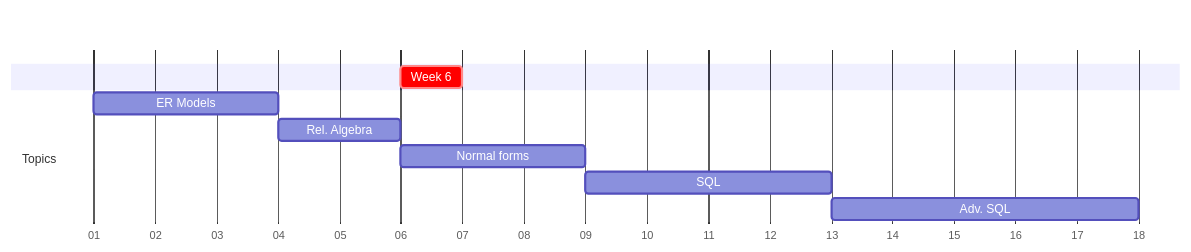
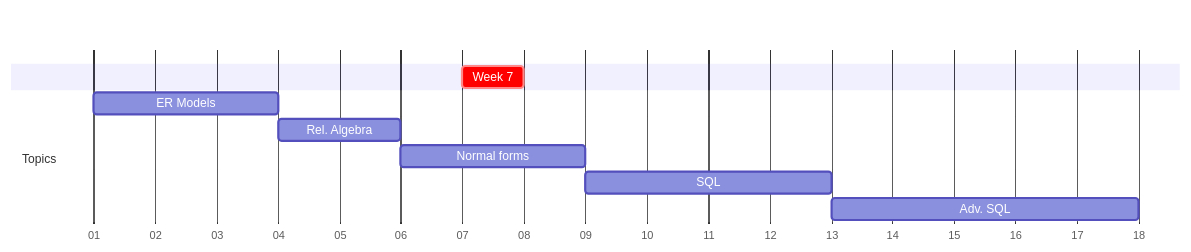
The diagram in fa2024/lectures/week-mermaid.mmd (lowkeylabs/cmsc408-course-admin), drawn with Mermaid before and after one commit. The commit also changed 5 other files, not shown here.

```diff
--- a/fa2024/lectures/week-mermaid.mmd
+++ b/fa2024/lectures/week-mermaid.mmd
@@ -1,14 +1,14 @@
 
 gantt
     dateFormat  M/DD/YYYY
     axisFormat  %W
 
     section    
-    Week 6 : crit, weekblock, 2/11/2024, 1w
+    Week 7 : crit, weekblock, 2/18/2024, 1w
 
     section Topics
     ER Models : m1, 1/7/2024, 3w
     Rel. Algebra: m4, after m1, 2w
     Normal forms: m5, after m4, 3w
     SQL : m6, after m5, 4w
     Adv. SQL: m7, after m6, 5w
```
